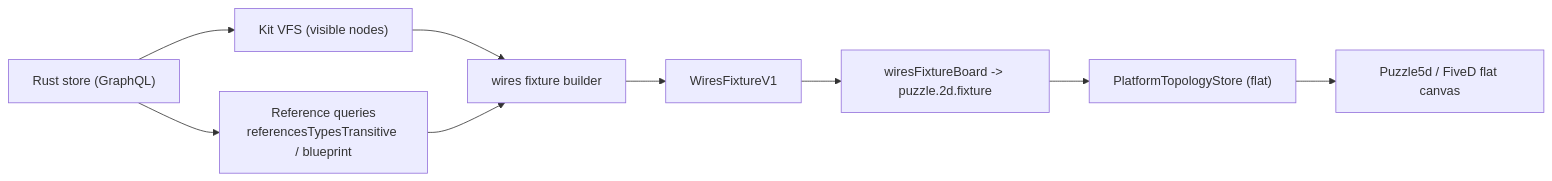
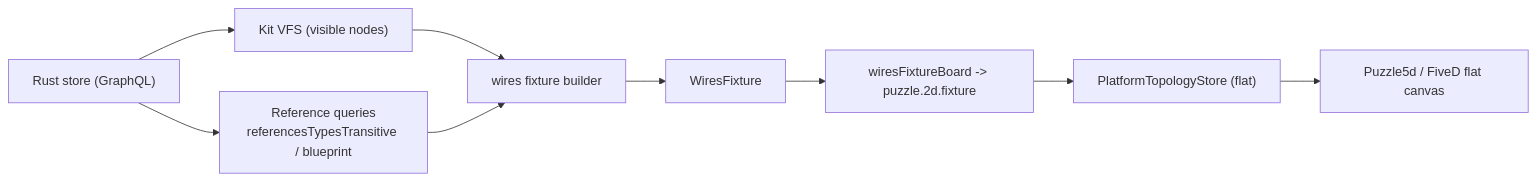
Before and after one commit to usalu/semio: the diagram in .cursor/plans/wires_kit_relationship_view_e12b40b3.plan.md, drawn with Mermaid. The commit also changed other lines of this file and 473 other files, not shown here.

````diff
--- a/.cursor/plans/wires_kit_relationship_view_e12b40b3.plan.md
+++ b/.cursor/plans/wires_kit_relationship_view_e12b40b3.plan.md
@@ -47,14 +47,14 @@
 ```mermaid
 flowchart LR
   RS["Rust store (GraphQL)"]
   VFS["Kit VFS (visible nodes)"]
   REL["Reference queries\nreferencesTypesTransitive / blueprint"]
   BUILD["wires fixture builder"]
-  WF["WiresFixtureV1"]
+  WF["WiresFixture"]
   P2D["wiresFixtureBoard -> puzzle.2d.fixture"]
   TOPO["PlatformTopologyStore (flat)"]
   FIVE["Puzzle5d / FiveD flat canvas"]
   RS --> VFS --> BUILD
   RS --> REL --> BUILD
   BUILD --> WF --> P2D --> TOPO --> FIVE
 ```
````
